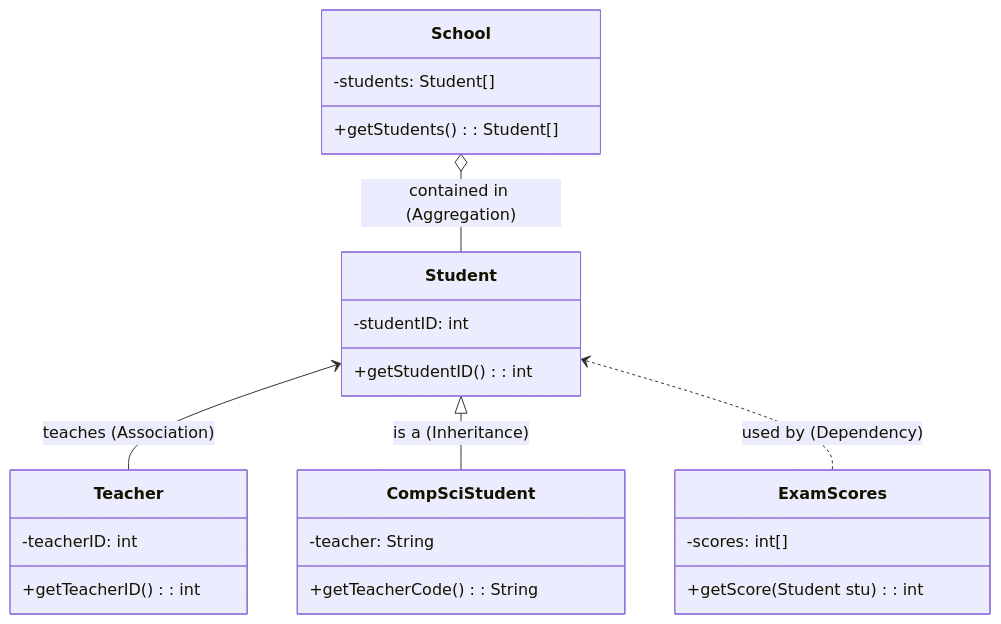
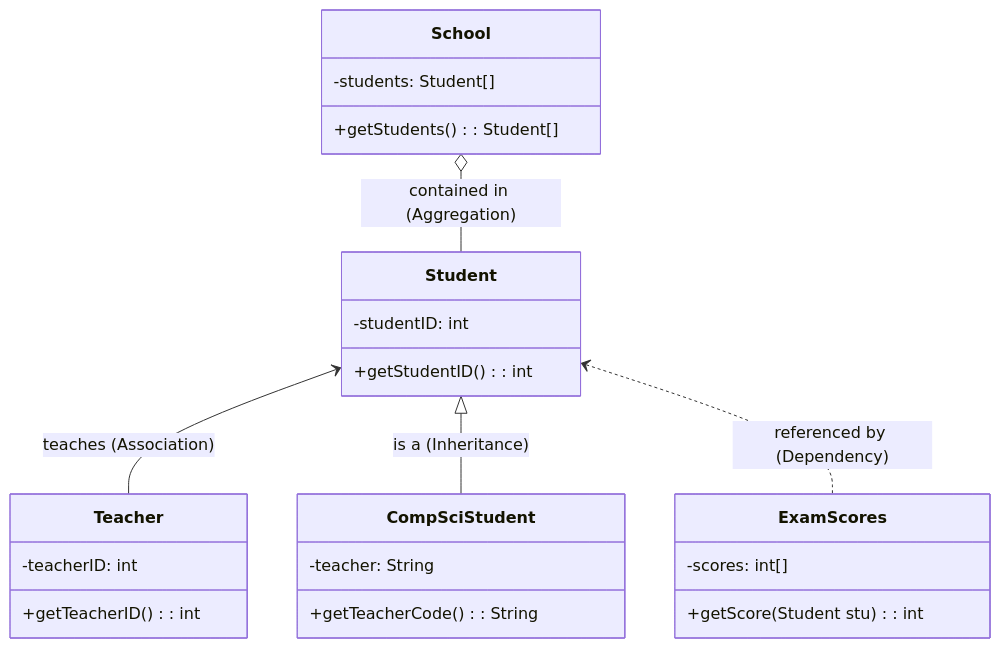
Before and after one commit to rakuzen25/compsci-notes: the fourth of 7 diagrams in docs/SLHL/04.md, drawn with Mermaid.

Commit message:
fix(SL04): change wording

````diff
--- a/docs/SLHL/04.md
+++ b/docs/SLHL/04.md
@@ -343,28 +343,28 @@
 ```mermaid
 classDiagram
     class Student {
         -studentID: int
         +getStudentID(): int
     }
     class Teacher {
         -teacherID: int
         +getTeacherID(): int
     }
     class CompSciStudent {
         -teacher: String
         +getTeacherCode(): String
     }
     class School {
         -students: Student[]
         +getStudents(): Student[]
     }
     class ExamScores {
         -scores: int[]
         +getScore(Student stu): int
     }
 
     Student <-- Teacher : teaches (Association)
     Student <|-- CompSciStudent : is a (Inheritance)
     School o-- Student : contained in (Aggregation)
-    Student <.. ExamScores : used by (Dependency)
+    Student <.. ExamScores : referenced by (Dependency)
 ```
````
